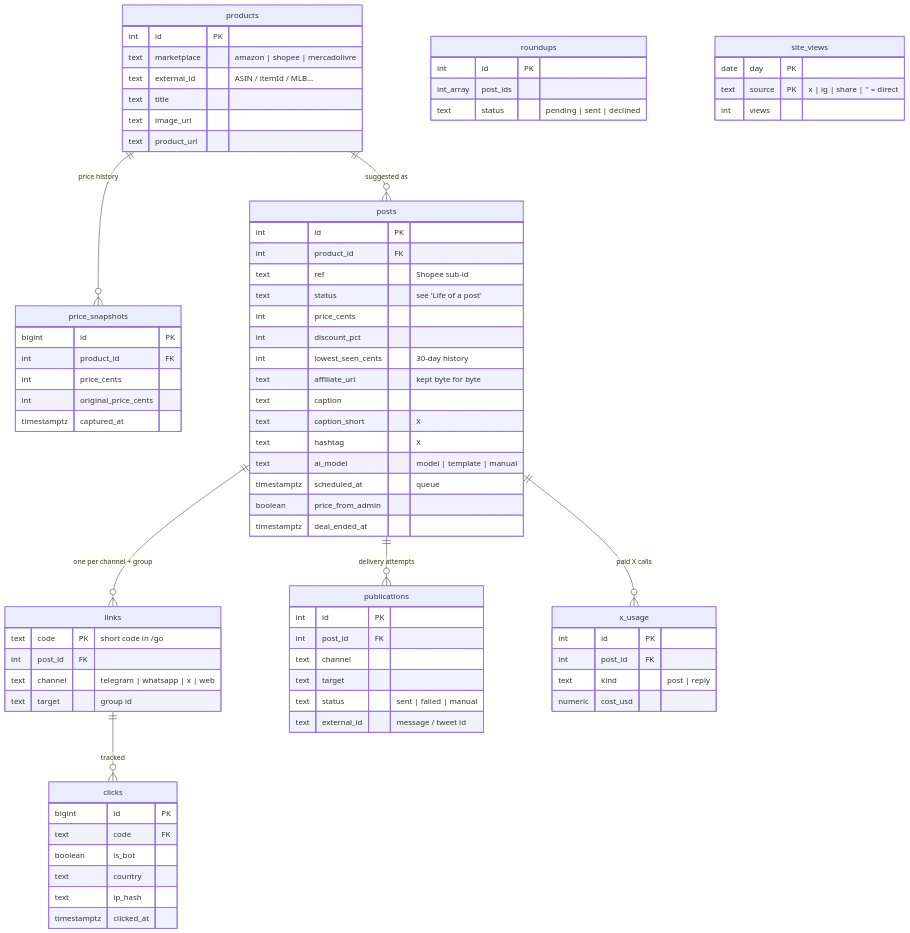
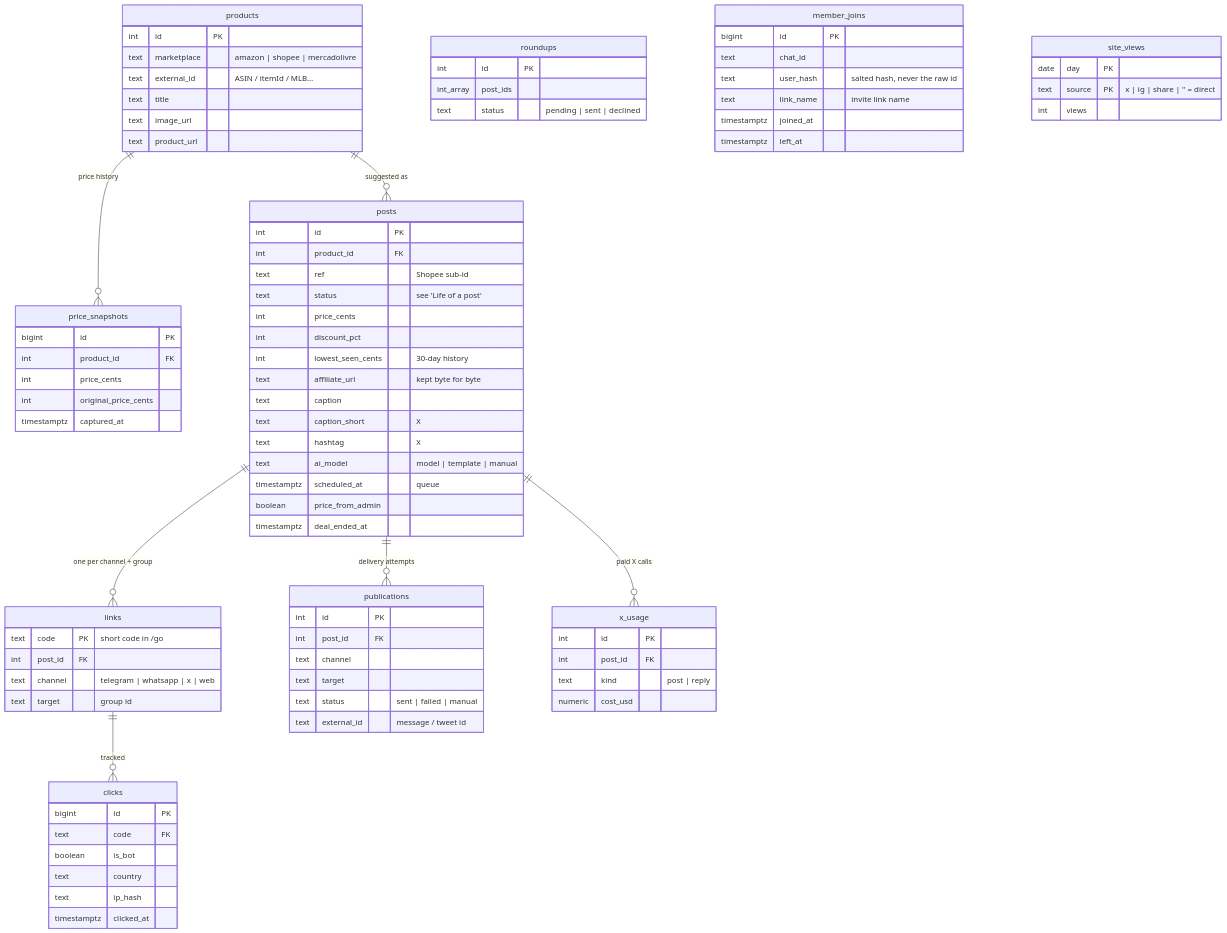
One commit to David-Ackerman/dev-das-promos changed the ninth of 9 diagrams in docs/ARCHITECTURE.md. Above: the diagram before and after it, drawn with Mermaid. The commit also changed other lines of this file and 5 other files, not shown here.

First line of the commit message:
feat(bot): Telegram join tracking per invite link

```diff
--- a/docs/ARCHITECTURE.md
+++ b/docs/ARCHITECTURE.md
@@ -371,6 +371,14 @@
     int_array post_ids
     text status "pending | sent | declined"
   }
+  member_joins {
+    bigint id PK
+    text chat_id
+    text user_hash "salted hash, never the raw id"
+    text link_name "invite link name"
+    timestamptz joined_at
+    timestamptz left_at
+  }
   site_views {
     date day PK
     text source PK "x | ig | share | '' = direct"
```
